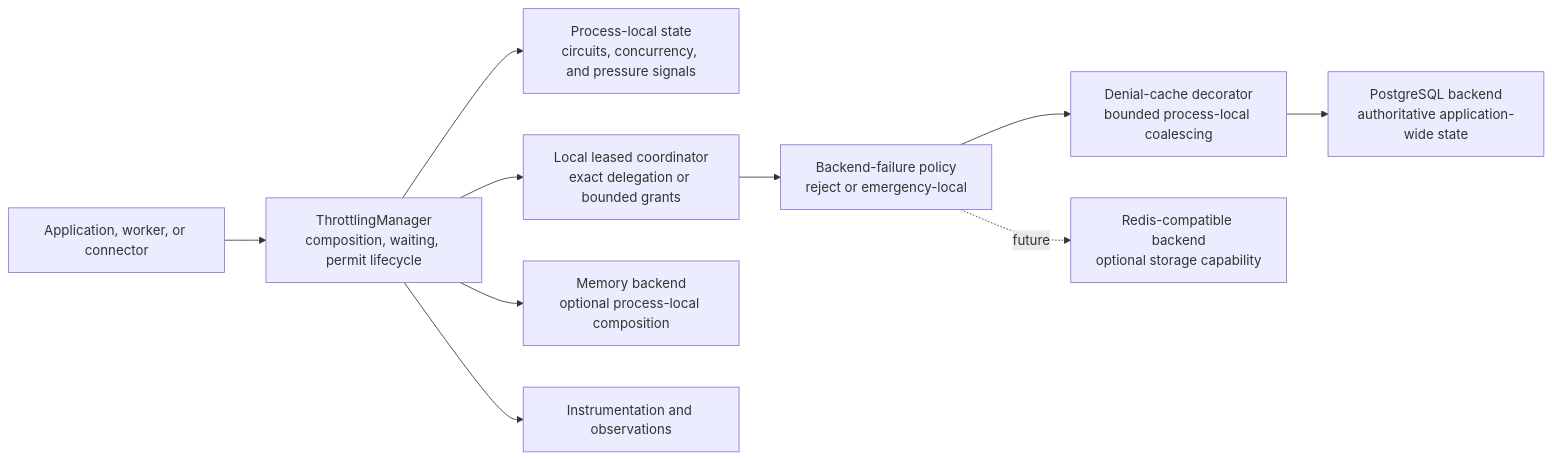
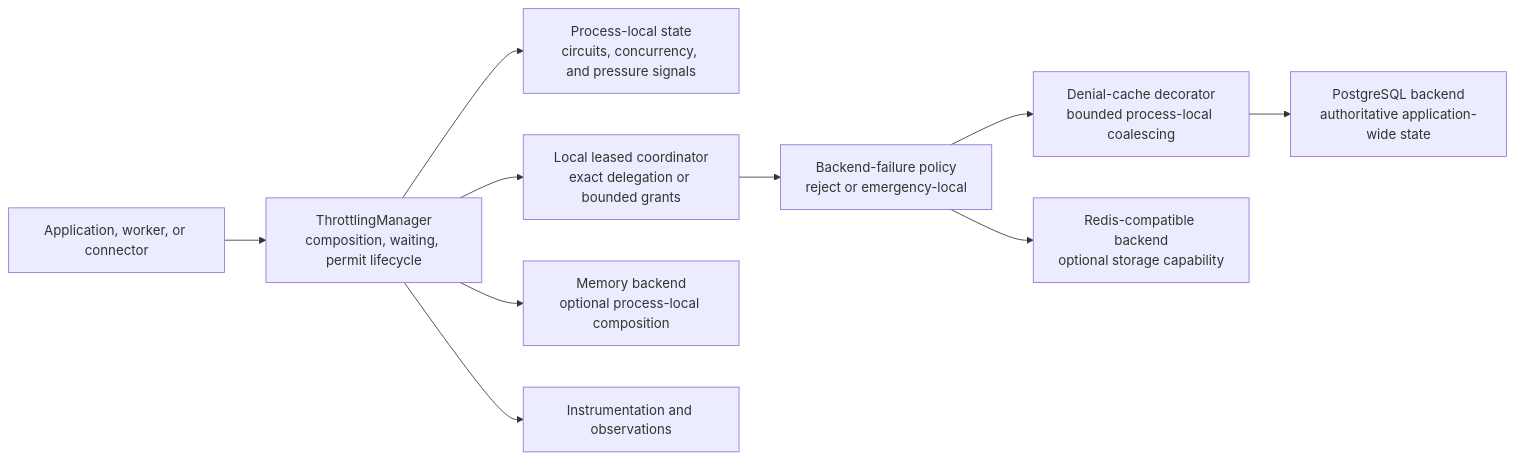
Before and after one commit to antarestupin/kestrel-framework: the second of 13 diagrams in docs/implementation/throttling.md, drawn with Mermaid. The commit also changed other lines of this file and 63 other files, not shown here.

````diff
--- a/docs/implementation/throttling.md
+++ b/docs/implementation/throttling.md
@@ -205,12 +205,12 @@
 ```mermaid
 flowchart LR
     Caller["Application, worker, or connector"] --> Manager["ThrottlingManager<br/>composition, waiting, permit lifecycle"]
     Manager --> Local["Process-local state<br/>circuits, concurrency, and pressure signals"]
     Manager --> Leased["Local leased coordinator<br/>exact delegation or bounded grants"]
     Leased --> Failure["Backend-failure policy<br/>reject or emergency-local"]
     Failure --> Denials["Denial-cache decorator<br/>bounded process-local coalescing"]
     Denials --> Exact["PostgreSQL backend<br/>authoritative application-wide state"]
     Manager --> Memory["Memory backend<br/>optional process-local composition"]
-    Failure -. future .-> Redis["Redis-compatible backend<br/>optional storage capability"]
+    Failure --> Redis["Redis-compatible backend<br/>optional storage capability"]
     Manager --> Events["Instrumentation and observations"]
 ```
````
